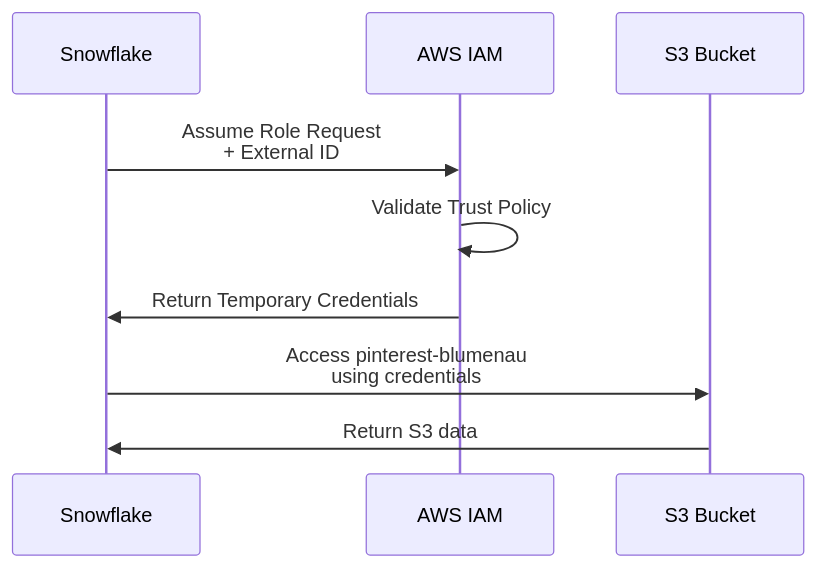
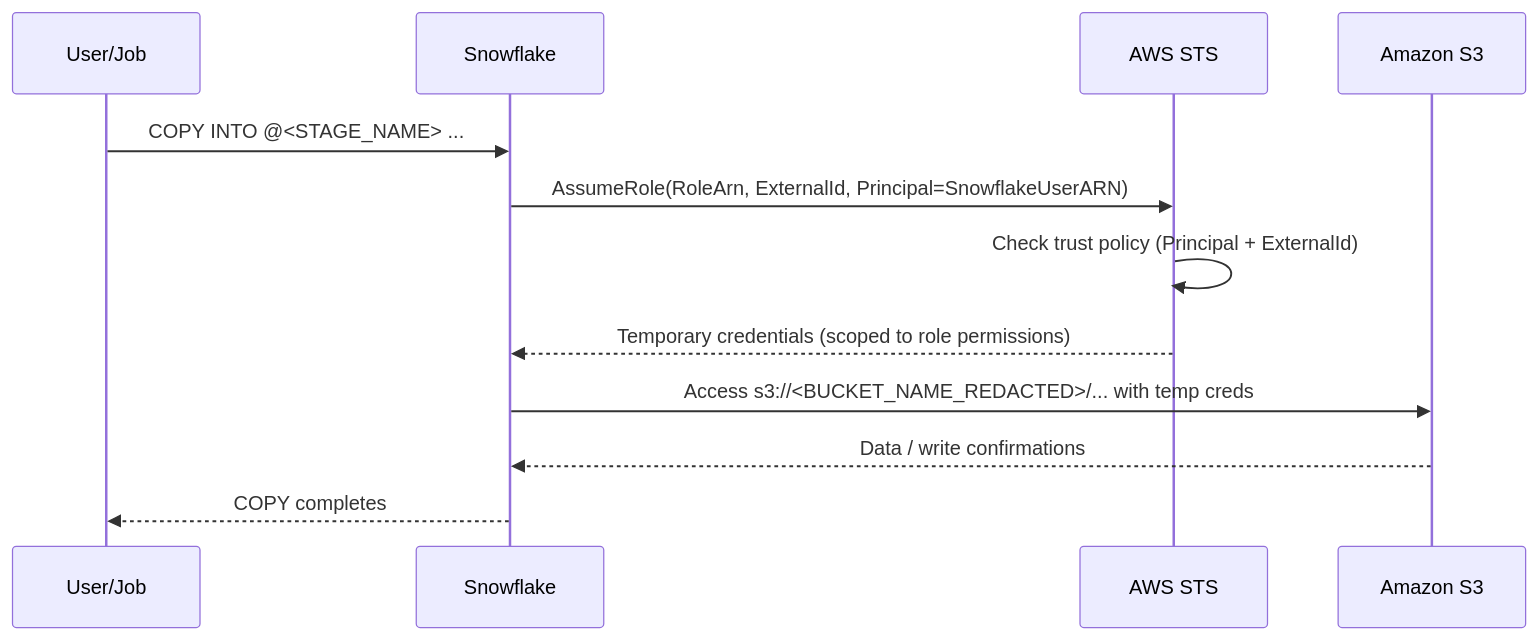
The second of 2 diagrams in Snowflake Storare Integration.md (doriancuentas/learn-resources), drawn with Mermaid before and after one commit. The commit also changed other lines of this file, not shown here.

Commit message:
# AWS + Snowflake Storage Integration — Security Basics (Terraform, Roles, Policies)

````diff
--- a/Snowflake Storare Integration.md
+++ b/Snowflake Storare Integration.md
@@ -74,12 +99,15 @@
 ```mermaid
 sequenceDiagram
-    participant SF as Snowflake
-    participant AWS as AWS IAM
-    participant S3 as S3 Bucket
-    
-    SF->>AWS: Assume Role Request<br/>+ External ID
-    AWS->>AWS: Validate Trust Policy
-    AWS->>SF: Return Temporary Credentials
-    SF->>S3: Access pinterest-blumenau<br/>using credentials
-    S3->>SF: Return S3 data
+  participant User as User/Job
+  participant SF as Snowflake
+  participant STS as AWS STS
+  participant S3 as Amazon S3
+
+  User->>SF: COPY INTO @<STAGE_NAME> ...
+  SF->>STS: AssumeRole(RoleArn, ExternalId, Principal=SnowflakeUserARN)
+  STS->>STS: Check trust policy (Principal + ExternalId)
+  STS-->>SF: Temporary credentials (scoped to role permissions)
+  SF->>S3: Access s3://<BUCKET_NAME_REDACTED>/... with temp creds
+  S3-->>SF: Data / write confirmations
+  SF-->>User: COPY completes
 ```
````
